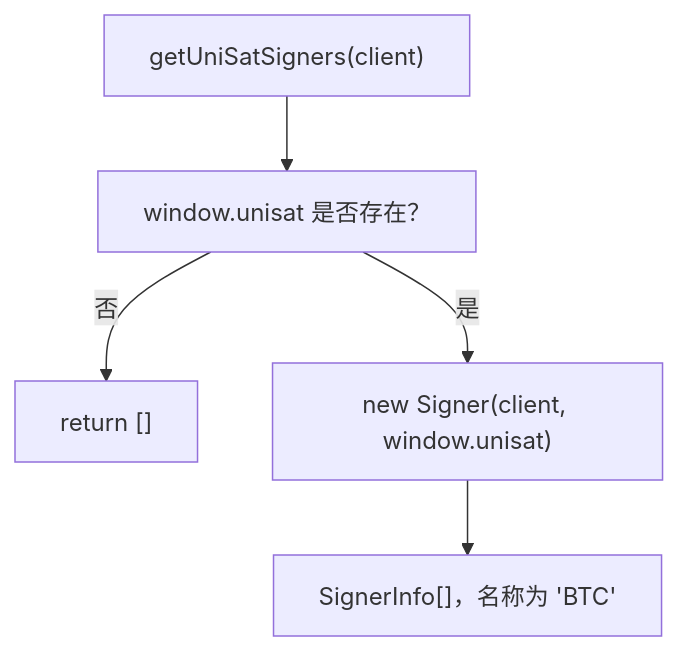
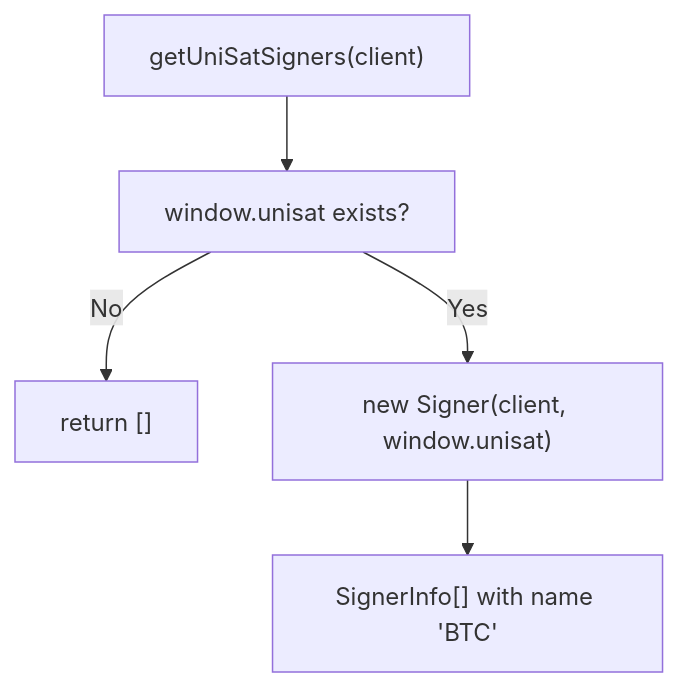
One commit to ckb-devrel/ccc changed the second of 4 diagrams in packages/docs/content/docs/packages/wallet-integrations/uni-sat.mdx. Above: the diagram before and after it, drawn with Mermaid. The commit also changed other lines of this file and 15 other files, not shown here.

````diff
--- a/packages/docs/content/docs/packages/wallet-integrations/uni-sat.mdx
+++ b/packages/docs/content/docs/packages/wallet-integrations/uni-sat.mdx
@@ -69,7 +69,7 @@
 ```mermaid
 graph TD
-    Start["getUniSatSigners(client)"] --> Check["window.unisat 是否存在？"]
-    Check -->|否| Empty["return []"]
-    Check -->|是| Create["new Signer(client, window.unisat)"]
-    Create --> Array["SignerInfo[]，名称为 'BTC'"]
+    Start["getUniSatSigners(client)"] --> Check["window.unisat exists?"]
+    Check -->|No| Empty["return []"]
+    Check -->|Yes| Create["new Signer(client, window.unisat)"]
+    Create --> Array["SignerInfo[] with name 'BTC'"]
 ```
````
